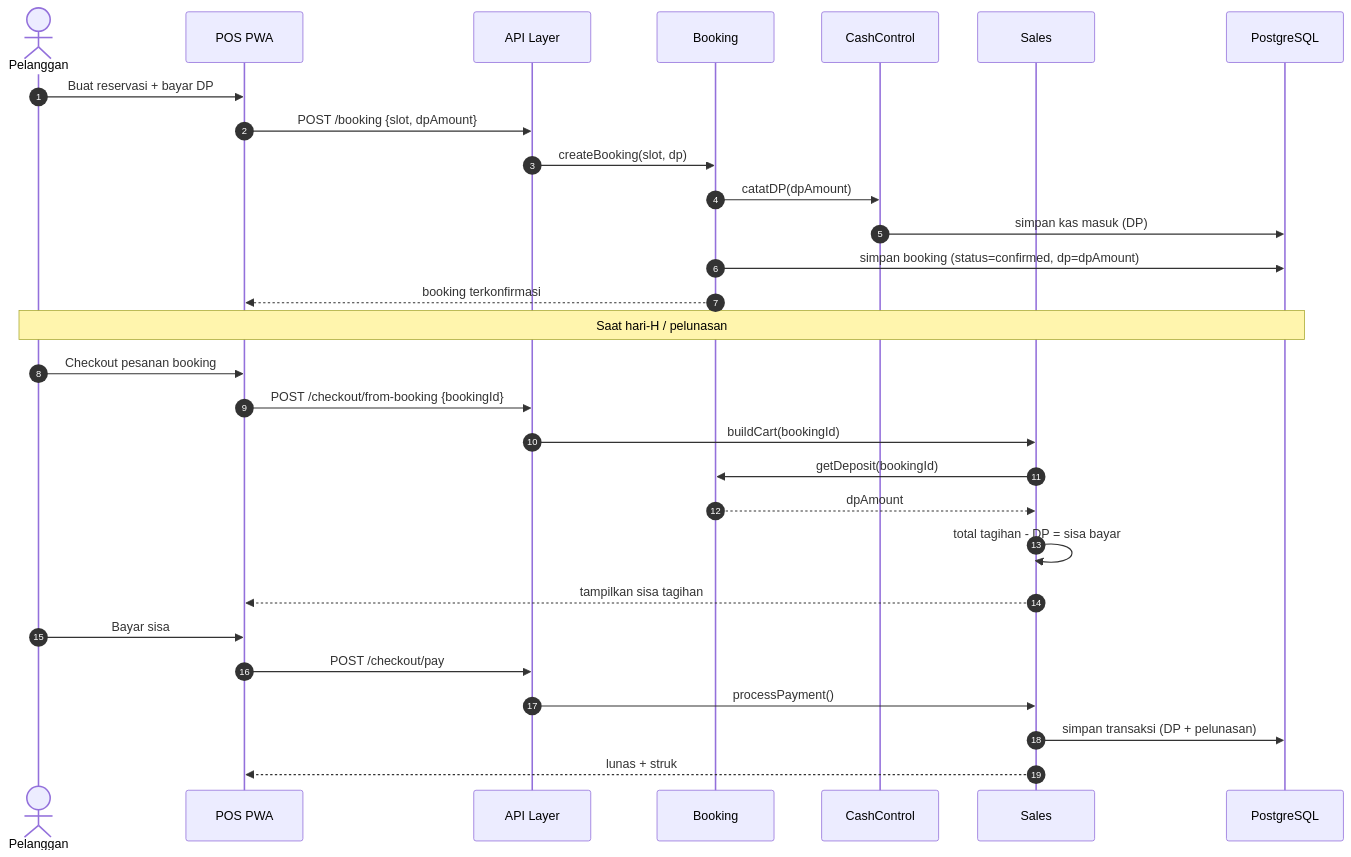
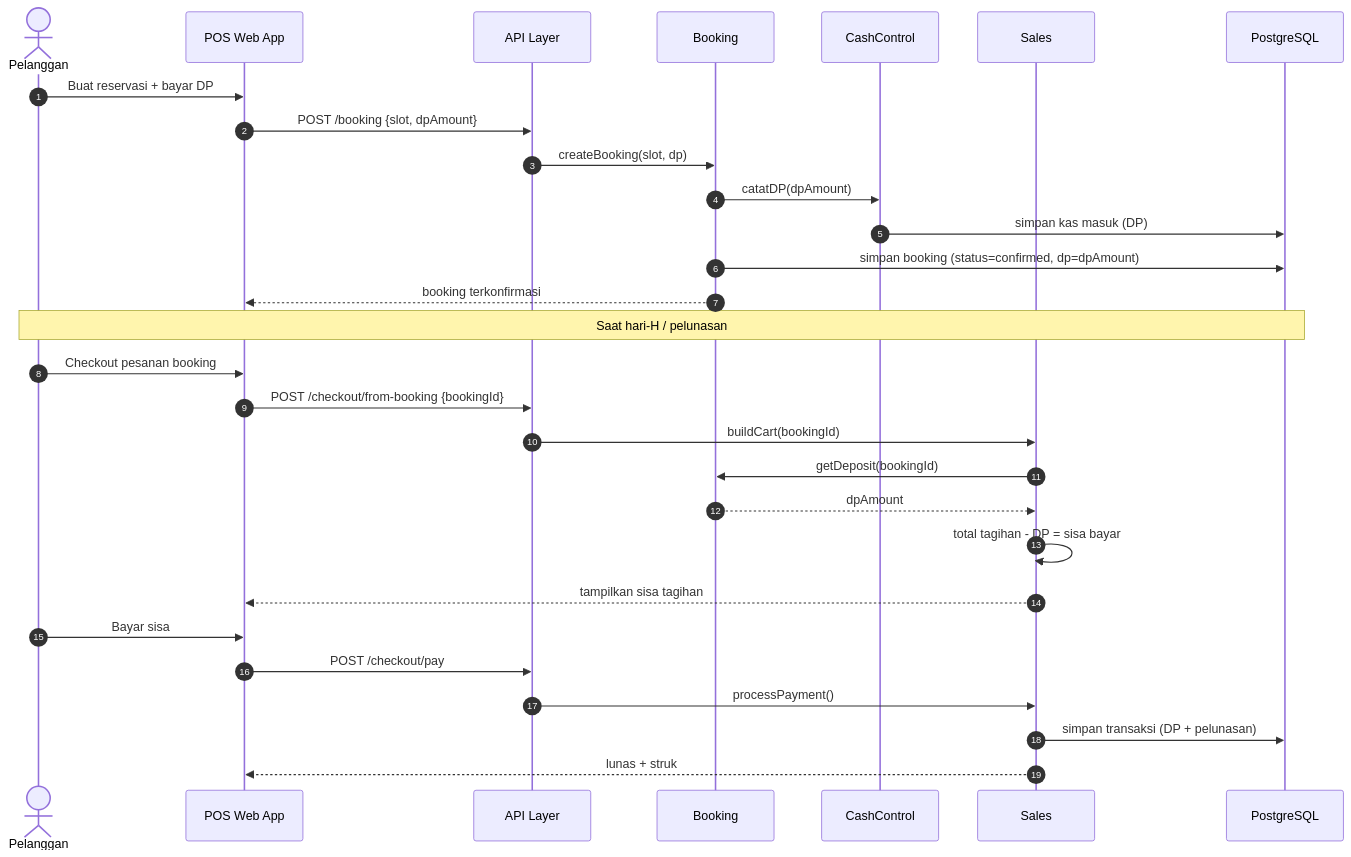
Before and after one commit to whaone/POS2026: diagram 26 of 31 in Sequence_Diagram.md, drawn with Mermaid. The commit also changed other lines of this file and 3 other files, not shown here.

````diff
--- a/Sequence_Diagram.md
+++ b/Sequence_Diagram.md
@@ -827,33 +886,33 @@
 ```mermaid
 sequenceDiagram
     autonumber
     actor Pelanggan
-    participant PWA as POS PWA
+    participant POS as POS Web App
     participant API as API Layer
     participant BOK as Booking
     participant CSH as CashControl
     participant SAL as Sales
     participant DB as PostgreSQL
  
-    Pelanggan->>PWA: Buat reservasi + bayar DP
-    PWA->>API: POST /booking {slot, dpAmount}
+    Pelanggan->>POS: Buat reservasi + bayar DP
+    POS->>API: POST /booking {slot, dpAmount}
     API->>BOK: createBooking(slot, dp)
     BOK->>CSH: catatDP(dpAmount)
     CSH->>DB: simpan kas masuk (DP)
     BOK->>DB: simpan booking (status=confirmed, dp=dpAmount)
-    BOK-->>PWA: booking terkonfirmasi
+    BOK-->>POS: booking terkonfirmasi
  
     Note over Pelanggan,DB: Saat hari-H / pelunasan
-    Pelanggan->>PWA: Checkout pesanan booking
-    PWA->>API: POST /checkout/from-booking {bookingId}
+    Pelanggan->>POS: Checkout pesanan booking
+    POS->>API: POST /checkout/from-booking {bookingId}
     API->>SAL: buildCart(bookingId)
     SAL->>BOK: getDeposit(bookingId)
     BOK-->>SAL: dpAmount
     SAL->>SAL: total tagihan - DP = sisa bayar
-    SAL-->>PWA: tampilkan sisa tagihan
-    Pelanggan->>PWA: Bayar sisa
-    PWA->>API: POST /checkout/pay
+    SAL-->>POS: tampilkan sisa tagihan
+    Pelanggan->>POS: Bayar sisa
+    POS->>API: POST /checkout/pay
     API->>SAL: processPayment()
     SAL->>DB: simpan transaksi (DP + pelunasan)
-    SAL-->>PWA: lunas + struk
+    SAL-->>POS: lunas + struk
 ```
````
